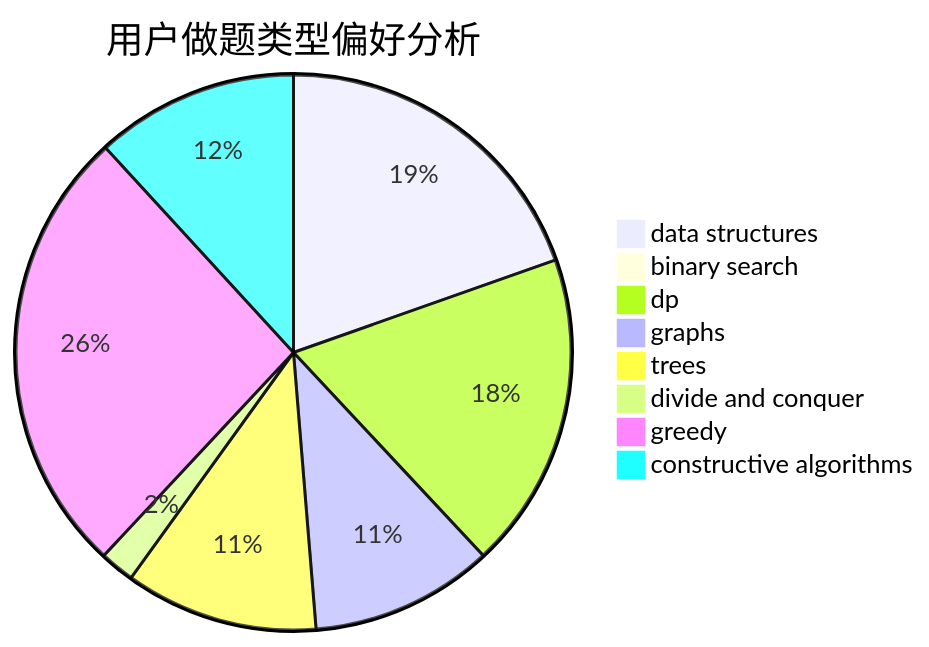
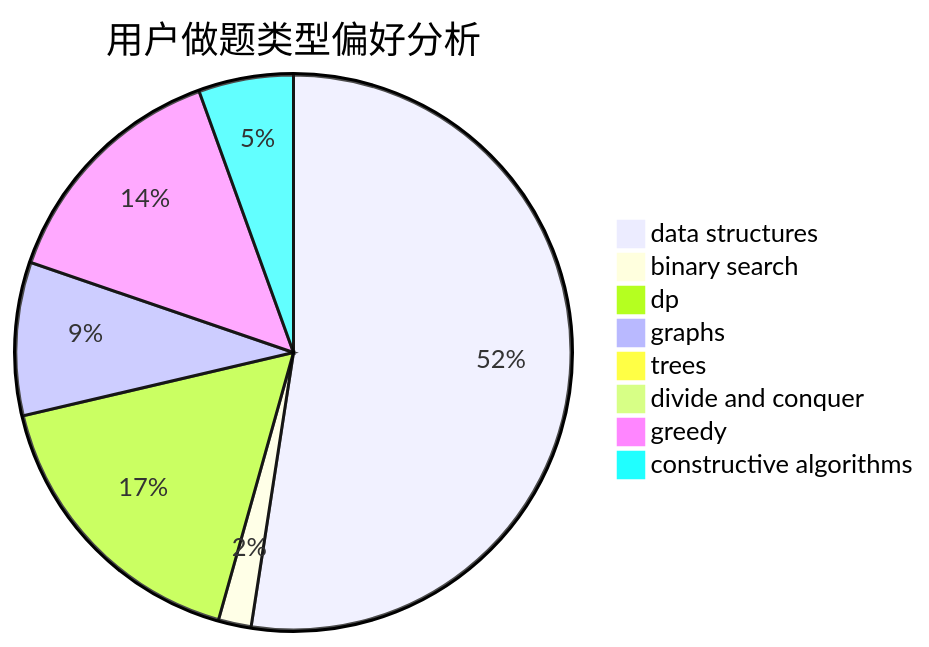
Before and after one commit to sherpahu/cfrs.github.io: the second of 3 diagrams in docs/user/u2477.md, drawn with Mermaid. The commit also changed other lines of this file and 2770 other files, not shown here.

````diff
--- a/docs/user/u2477.md
+++ b/docs/user/u2477.md
@@ -23,11 +23,11 @@
 ```mermaid
 pie title 用户做题类型偏好分析
-    "data structures" :  68
-    "binary search" :  2
-    "dp" :  64
-    "graphs" :  37
-    "trees" :  39
-    "divide and conquer" :  7
-    "greedy" :  91
-    "constructive algorithms" :  41
+    "data structures" :  247
+    "binary search" :  9
+    "dp" :  80
+    "graphs" :  42
+    "trees" :  4
+    "divide and conquer" :  0
+    "greedy" :  67
+    "constructive algorithms" :  26
 ```
````
